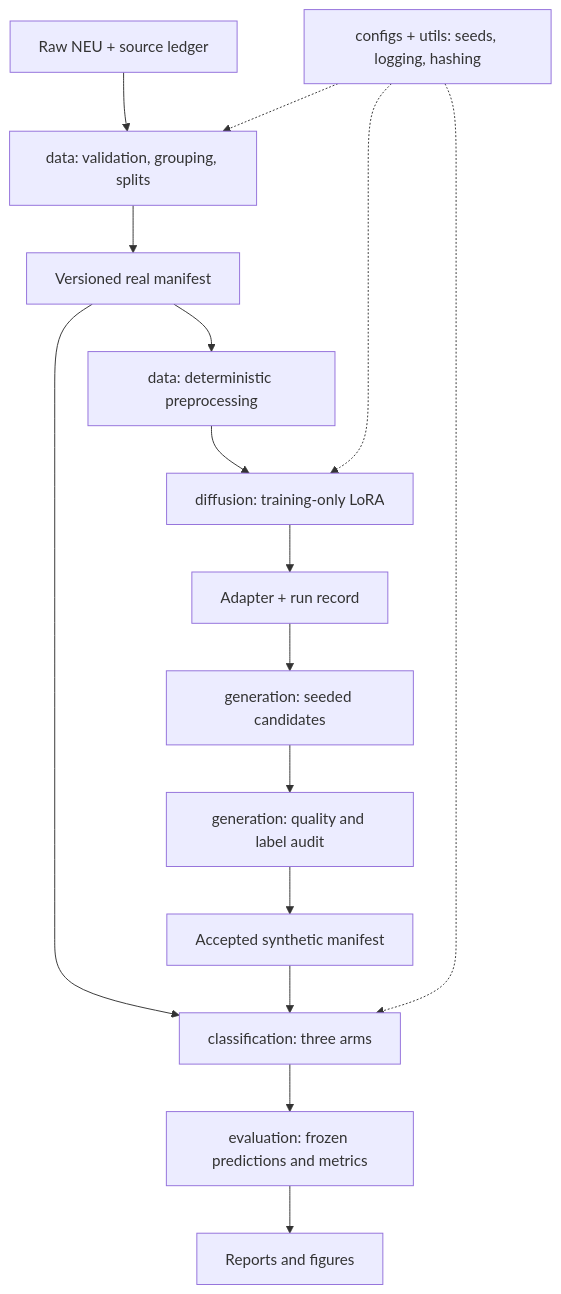
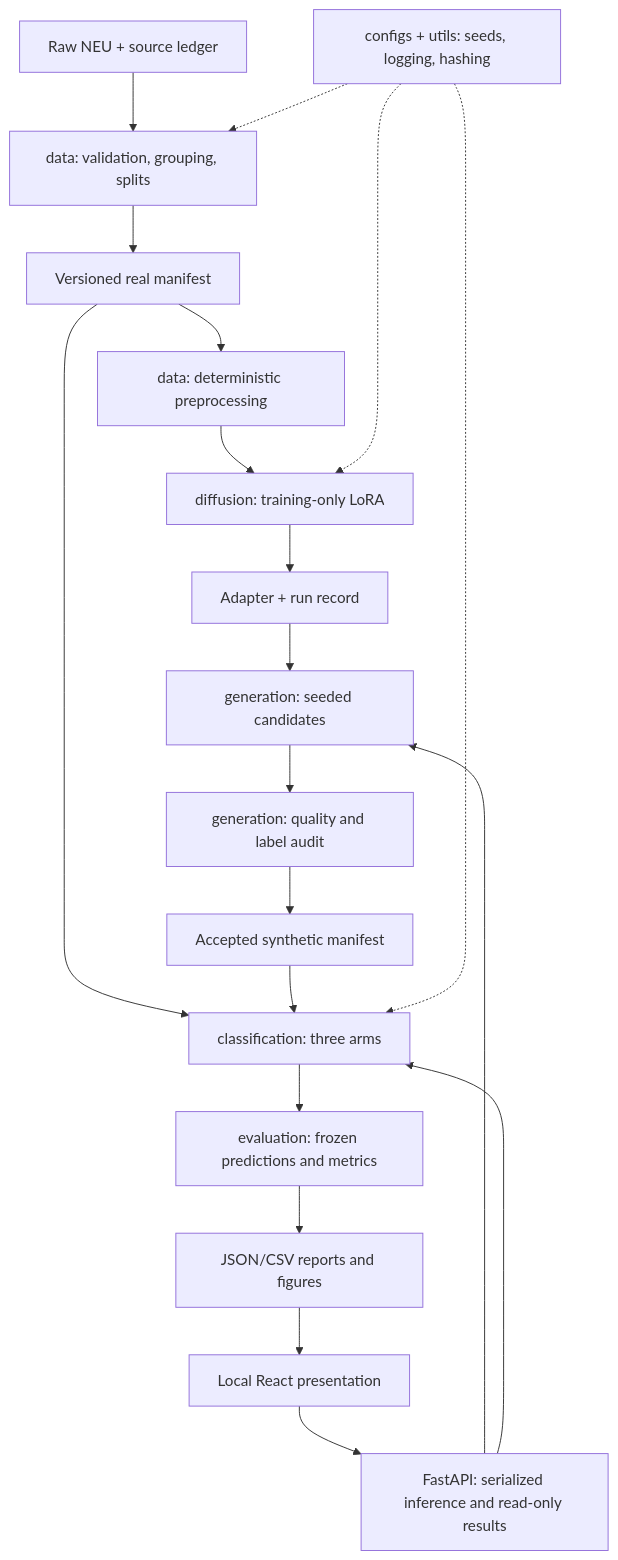
Before and after one commit to Saad-Salman204/High-Fidelity-Synthetic-Defect-Generation-for-Industrial-Visual-Inspection-: the diagram in docs/architecture/overview.md, drawn with Mermaid. The commit also changed other lines of this file and 111 other files, not shown here.

````diff
--- a/docs/architecture/overview.md
+++ b/docs/architecture/overview.md
@@ -5,18 +10,22 @@
 ```mermaid
 flowchart TD
   R[Raw NEU + source ledger] --> D[data: validation, grouping, splits]
   D --> M[Versioned real manifest]
   M --> P[data: deterministic preprocessing]
   P --> L[diffusion: training-only LoRA]
   L --> A[Adapter + run record]
   A --> G[generation: seeded candidates]
   G --> Q[generation: quality and label audit]
   Q --> S[Accepted synthetic manifest]
   M --> C[classification: three arms]
   S --> C
   C --> E[evaluation: frozen predictions and metrics]
-  E --> O[Reports and figures]
+  E --> O[JSON/CSV reports and figures]
+  O --> W[Local React presentation]
+  W --> API[FastAPI: serialized inference and read-only results]
+  API --> G
+  API --> C
   CFG[configs + utils: seeds, logging, hashing] -.-> D
   CFG -.-> L
   CFG -.-> C
 ```
````
